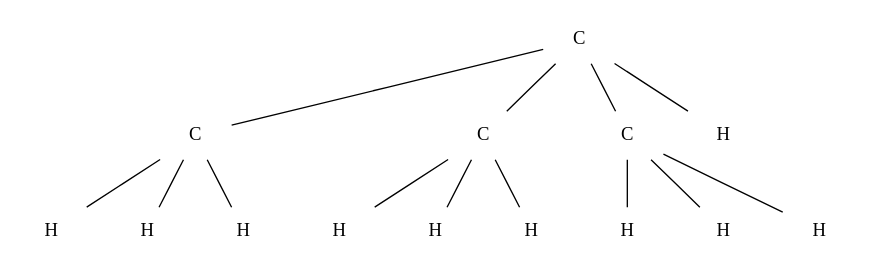
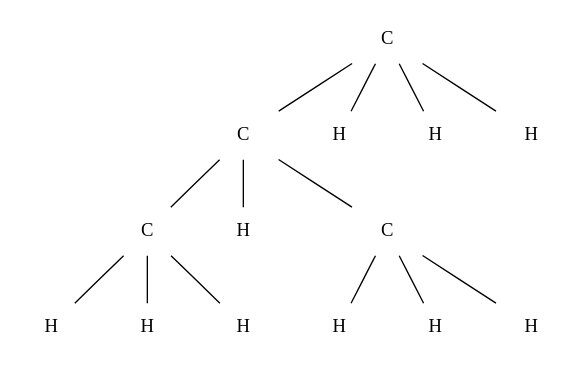
One commit to Benjamin-Davies/iupac changed the diagram in examples/isobutane.dot. Above: the diagram before and after it, drawn with Graphviz. The commit also changed 3 other files, not shown here.

```diff
--- a/examples/isobutane.dot
+++ b/examples/isobutane.dot
@@ -1,33 +1,30 @@
-// Compile using `neato isobutane.dot -Tpng -O`
-graph "Isobutane" {
+// Compile using `neato`
+graph molecule {
     0 [label="C", shape=none];
     1 [label="C", shape=none];
     2 [label="C", shape=none];
-    3 [label="C", shape=none];
-
+    3 [label="H", shape=none];
     4 [label="H", shape=none];
     5 [label="H", shape=none];
     6 [label="H", shape=none];
     7 [label="H", shape=none];
     8 [label="H", shape=none];
     9 [label="H", shape=none];
-    10 [label="H", shape=none];
+    10 [label="C", shape=none];
     11 [label="H", shape=none];
     12 [label="H", shape=none];
     13 [label="H", shape=none];
-
     0 -- 1;
-    0 -- 2;
+    1 -- 2;
     0 -- 3;
-
     0 -- 4;
     1 -- 5;
-    1 -- 6;
-    1 -- 7;
-    2 -- 8;
+    2 -- 6;
+    2 -- 7;
+    0 -- 8;
     2 -- 9;
-    2 -- 10;
-    3 -- 11;
-    3 -- 12;
-    3 -- 13;
+    10 -- 11;
+    10 -- 12;
+    10 -- 13;
+    1 -- 10;
 }
```
